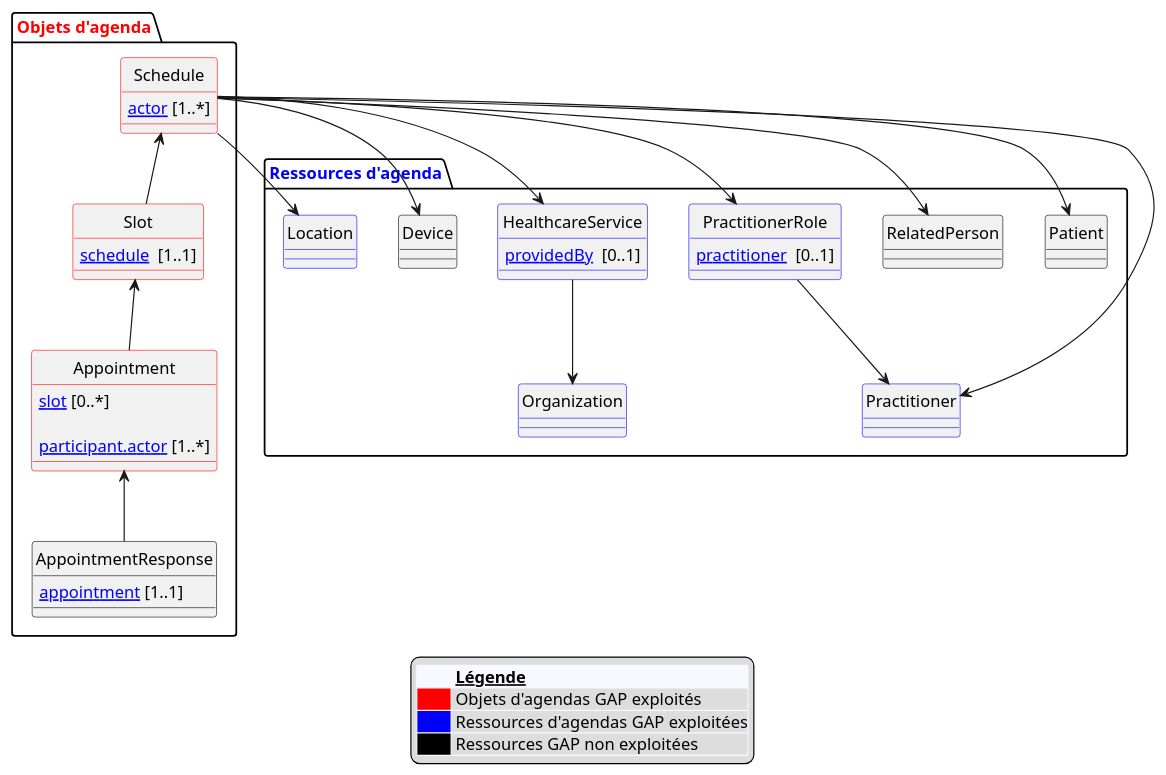
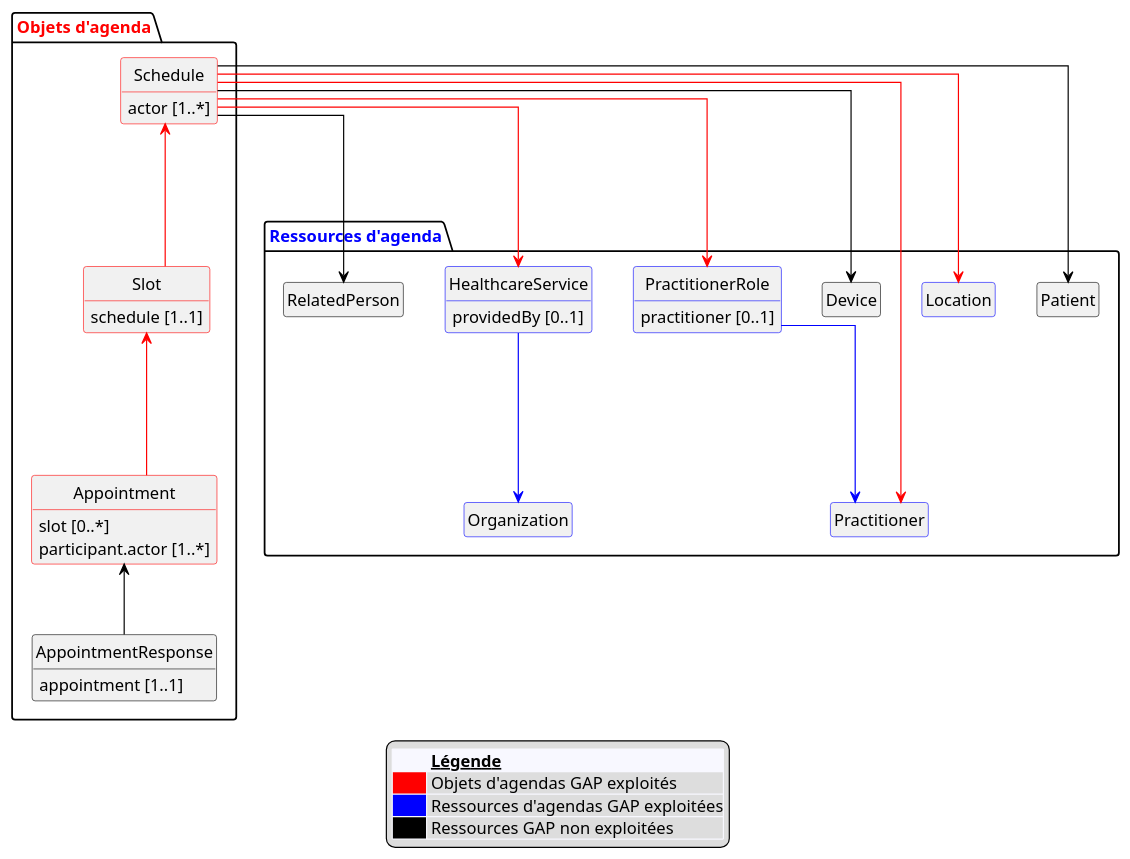
Before and after one commit to ansforge/IG-fhir-service-acces-aux-soins: the diagram in input/images-source/schema_global_ressources_GAP.plantuml, drawn with PlantUML.

```diff
--- a/input/images-source/schema_global_ressources_GAP.plantuml
+++ b/input/images-source/schema_global_ressources_GAP.plantuml
@@ -1,74 +1,76 @@
 @startuml
 
 hide circle
+hide empty members
+skinparam linetype ortho
 
 package "Objets d'agenda" as OA #text:red {
 
  class Schedule #line:red {
-   [[actor]] [1..*]
+   actor [1..*]
  }
 
  class Slot #line:red {
-   [[Schedule schedule]]  [1..1]
+   schedule [1..1]
  }
 
  class Appointment #line:red {
-   [[slot]] [0..*] \n
-   [[participant.actor]] [1..*]
+   slot [0..*]
+   participant.actor [1..*]
  }
 
  class AppointmentResponse #line:black {
-   [[appointment]] [1..1]
+   appointment [1..1]
  }
 
 }
      
 package "Ressources d'agenda" as RA #text:blue{
 
  class Patient #line:black
 
  class RelatedPerson #line:black
 
  class Practitioner #line:blue
 
  class PractitionerRole #line:blue{
- [[practitioner]]  [0..1]
+    practitioner [0..1]
  }
     
 
  class Organization #line:blue
 
  class HealthcareService #line:blue {
- [[providedBy]]  [0..1]
+  providedBy [0..1]
  }
 
  class Device #line:black
    
  class Location #line:blue
 
- PractitionerRole --> Practitioner
-   HealthcareService --> Organization
+ PractitionerRole -[#blue]--> Practitioner
+   HealthcareService -[#blue]--> Organization
 }
 
 
 
-Schedule <-- Slot
-Slot <-- Appointment
-Appointment <-- AppointmentResponse
+Schedule  <---[#red] Slot
+Slot <---[#red] Appointment
+Appointment <--[#black] AppointmentResponse
 
-Schedule --> Patient
-Schedule --> RelatedPerson
-Schedule --> Practitioner
-Schedule --> PractitionerRole
-Schedule --> HealthcareService
-Schedule --> Device
-Schedule --> Location
+Schedule -[#black]--> Patient
+Schedule -[#black]--> RelatedPerson
+Schedule -[#red]--> Practitioner
+Schedule -[#red]--> PractitionerRole
+Schedule -[#red]--> HealthcareService
+Schedule -[#black]--> Device
+Schedule -[#red]--> Location
 
 legend bottom
     <#GhostWhite,#GhostWhite>|        |= __Légende__ |
     |<#red>| Objets d'agendas GAP exploités|
     |<#blue>| Ressources d'agendas GAP exploitées|
     |<#black>| Ressources GAP non exploitées|
 endlegend
 
 @enduml
```
